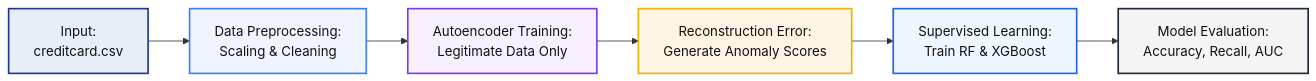
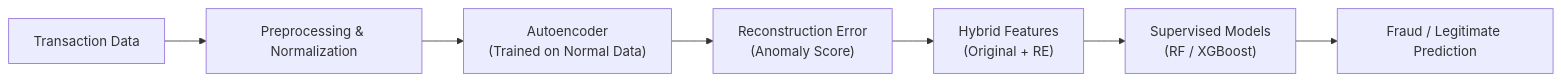
The diagram in README.md (jaynakar/Hybrid-Fraud-Detection-Framework), drawn with Mermaid before and after one commit. The commit also changed other lines of this file, not shown here.

`````diff
--- a/README.md
+++ b/README.md
@@ -31,16 +29,9 @@
 ```mermaid
 flowchart LR
-A["Input:<br>creditcard.csv"] --> B["Data Preprocessing:<br>Scaling & Cleaning"]
-B --> C["Autoencoder Training:<br>Legitimate Data Only"]
-C --> D["Reconstruction Error:<br>Generate Anomaly Scores"]
-D --> E["Supervised Learning:<br>Train RF & XGBoost"]
-E --> F["Model Evaluation:<br>Accuracy, Recall, AUC"]
-
-%% --- Professional styling ---
-style A fill:#E7EEF7,stroke:#1E3A8A,stroke-width:2px,color:#111
-style B fill:#F0F4FF,stroke:#3B82F6,stroke-width:2px,color:#111
-style C fill:#F9F0FF,stroke:#7C3AED,stroke-width:2px,color:#111
-style D fill:#FFF5E5,stroke:#EAB308,stroke-width:2px,color:#111
-style E fill:#EDF7FF,stroke:#2563EB,stroke-width:2px,color:#111
-style F fill:#F4F4F5,stroke:#1E293B,stroke-width:2px,color:#111
-```
+A["Transaction Data"] --> B["Preprocessing & Normalization"]
+B --> C["Autoencoder<br>(Trained on Normal Data)"]
+C --> D["Reconstruction Error<br>(Anomaly Score)"]
+D --> E["Hybrid Features<br>(Original + RE)"]
+E --> F["Supervised Models<br>(RF / XGBoost)"]
+F --> G["Fraud / Legitimate Prediction"]
+````
`````
